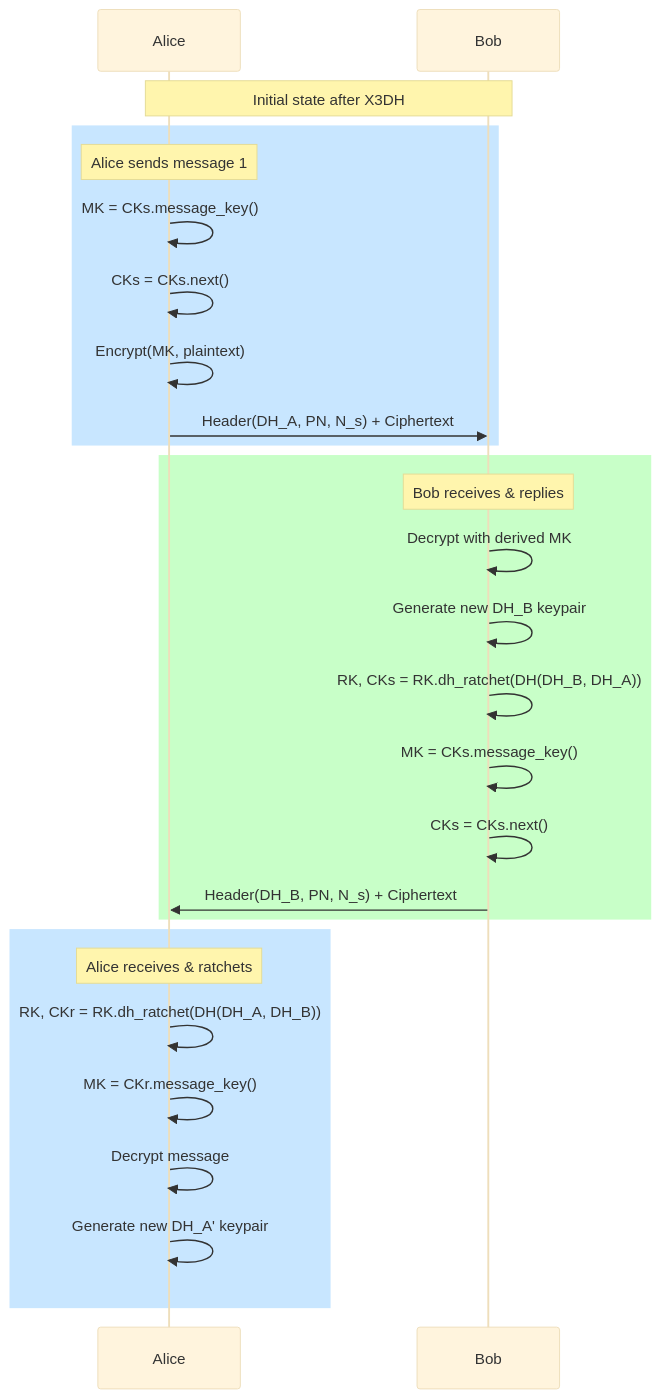
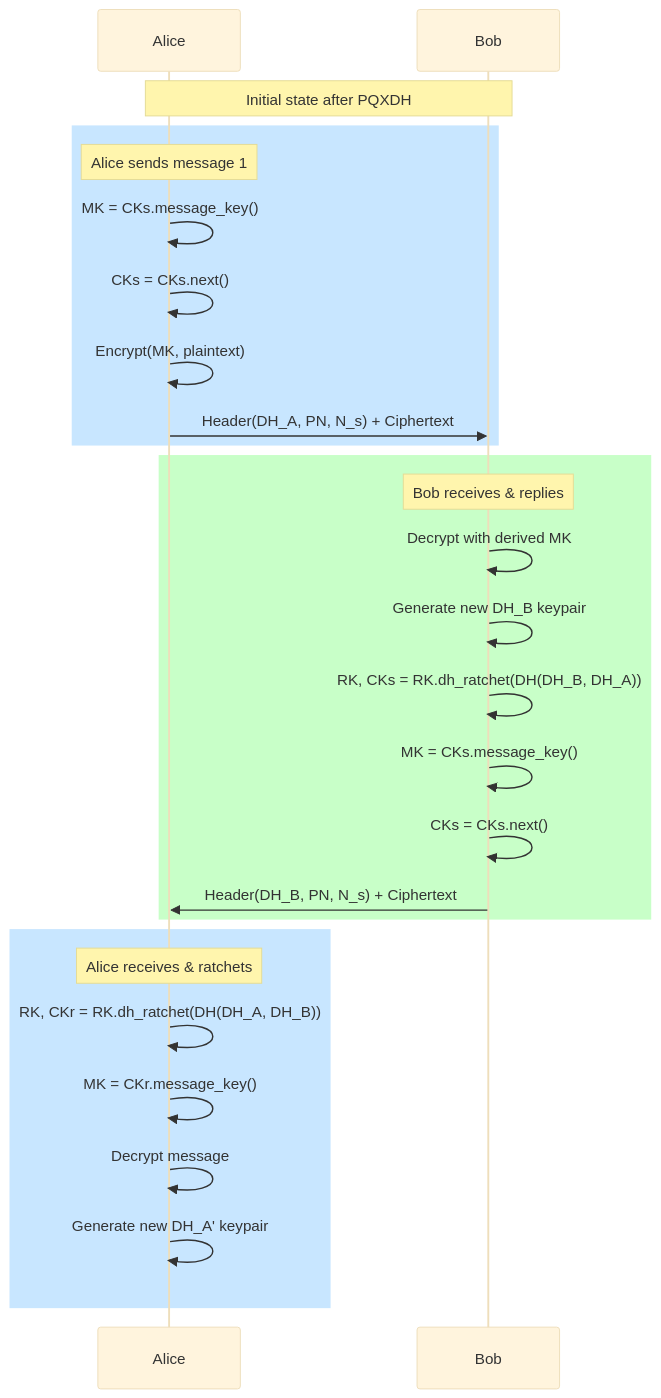
Before and after one commit to guardyn/guardyn: the ninth of 23 diagrams in docs/ENCRYPTION_ARCHITECTURE.md, drawn with Mermaid (base theme). The commit also changed other lines of this file and 18 other files, not shown here.

````diff
--- a/docs/ENCRYPTION_ARCHITECTURE.md
+++ b/docs/ENCRYPTION_ARCHITECTURE.md
@@ -268,33 +379,33 @@
 ```mermaid
 sequenceDiagram
     participant Alice
     participant Bob
 
-    Note over Alice,Bob: Initial state after X3DH
+    Note over Alice,Bob: Initial state after PQXDH
 
     rect rgb(200, 230, 255)
         Note over Alice: Alice sends message 1
         Alice->>Alice: MK = CKs.message_key()
         Alice->>Alice: CKs = CKs.next()
         Alice->>Alice: Encrypt(MK, plaintext)
         Alice->>Bob: Header(DH_A, PN, N_s) + Ciphertext
     end
 
     rect rgb(200, 255, 200)
         Note over Bob: Bob receives & replies
         Bob->>Bob: Decrypt with derived MK
         Bob->>Bob: Generate new DH_B keypair
         Bob->>Bob: RK, CKs = RK.dh_ratchet(DH(DH_B, DH_A))
         Bob->>Bob: MK = CKs.message_key()
         Bob->>Bob: CKs = CKs.next()
         Bob->>Alice: Header(DH_B, PN, N_s) + Ciphertext
     end
 
     rect rgb(200, 230, 255)
         Note over Alice: Alice receives & ratchets
         Alice->>Alice: RK, CKr = RK.dh_ratchet(DH(DH_A, DH_B))
         Alice->>Alice: MK = CKr.message_key()
         Alice->>Alice: Decrypt message
         Alice->>Alice: Generate new DH_A' keypair
     end
 ```
````
